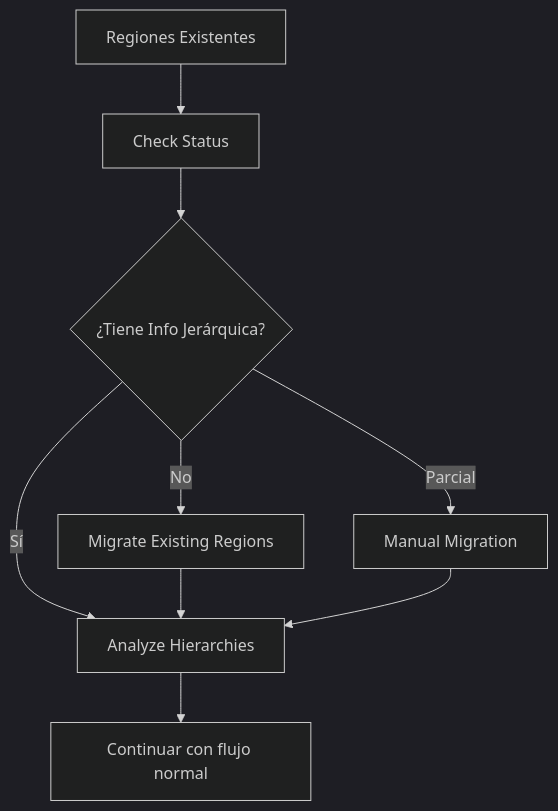
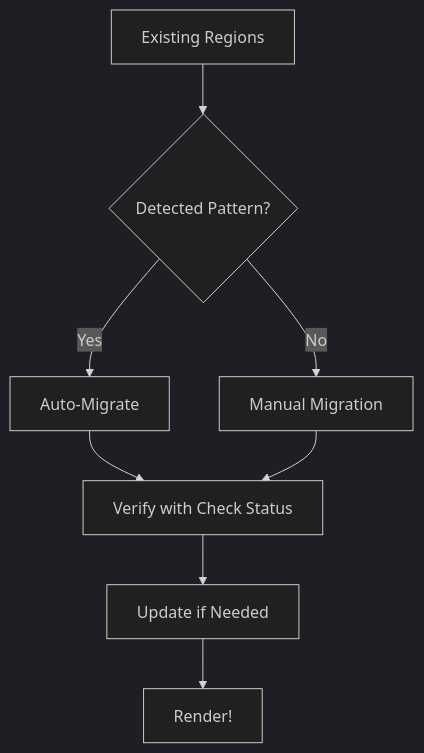
One commit to panchuel/Panchu_Scripts changed the third of 3 diagrams in Rendering Tool/README.md. Above: the diagram before and after it, drawn with Mermaid (dark theme). The commit also changed other lines of this file, not shown here.

````diff
--- a/Rendering Tool/README.md
+++ b/Rendering Tool/README.md
@@ -228,11 +144,10 @@
 ```mermaid
-graph TD
-    A[Regiones Existentes] --> B[Check Status]
-    B --> C{¿Tiene Info Jerárquica?}
-    C -->|No| D[Migrate Existing Regions]
-    C -->|Parcial| E[Manual Migration]
-    C -->|Sí| F[Analyze Hierarchies]
-    D --> F
-    E --> F
-    F --> G[Continuar con flujo normal]
+graph TB
+A[Existing Regions] --> B{Detected Pattern?}
+B -->|Yes| C[Auto-Migrate]
+B -->|No| D[Manual Migration]
+C --> E[Verify with Check Status]
+D --> E
+E --> F[Update if Needed]
+F --> G[Render!]
 ```
````
